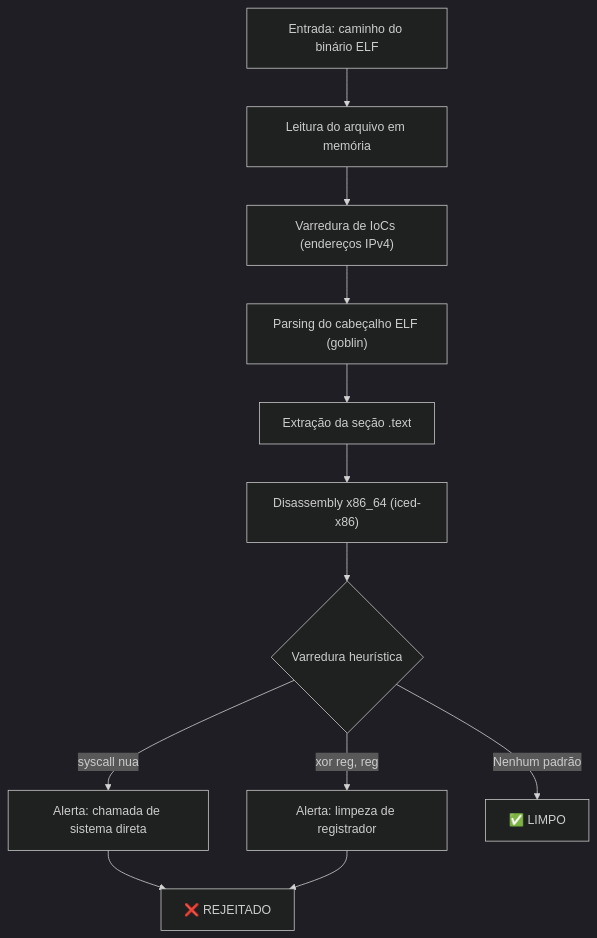
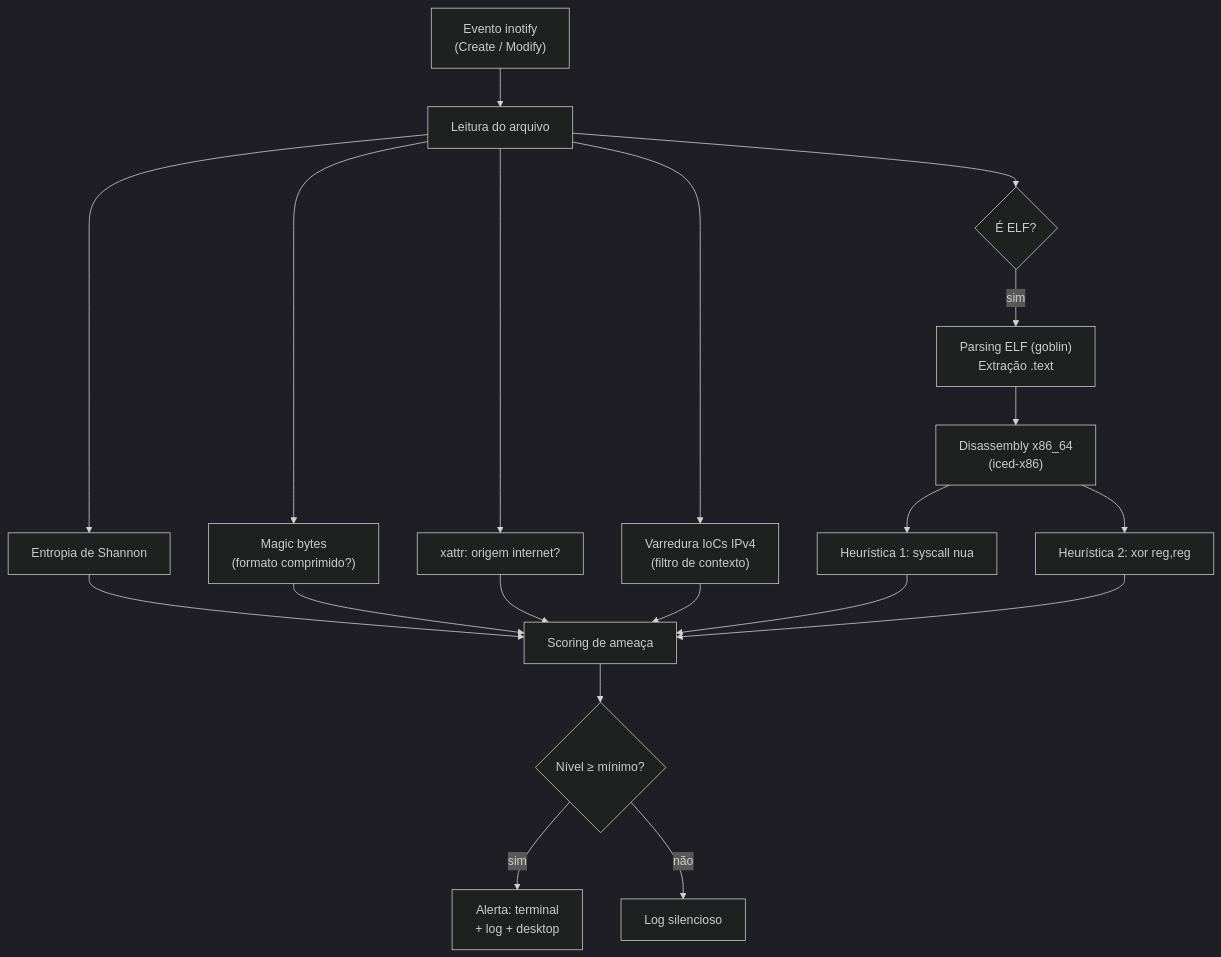
The diagram in README.md (Munique-Feitoza/Obscura), drawn with Mermaid (dark theme) before and after one commit. The commit also changed other lines of this file and 7 other files, not shown here.

````diff
--- a/README.md
+++ b/README.md
@@ -7,14 +25,17 @@
 ```mermaid
 flowchart TD
-    A["Entrada: caminho do binário ELF"] --> B["Leitura do arquivo em memória"]
-    B --> C["Varredura de IoCs (endereços IPv4)"]
-    C --> D["Parsing do cabeçalho ELF (goblin)"]
-    D --> E["Extração da seção .text"]
-    E --> F["Disassembly x86_64 (iced-x86)"]
-    F --> G{"Varredura heurística"}
-    G -->|syscall nua| H["Alerta: chamada de sistema direta"]
-    G -->|xor reg, reg| I["Alerta: limpeza de registrador"]
-    G -->|Nenhum padrão| J["✅ LIMPO"]
-    H --> K["❌ REJEITADO"]
-    I --> K
+    A["Evento inotify\n(Create / Modify)"] --> B["Leitura do arquivo"]
+    B --> C["Entropia de Shannon"]
+    B --> D["Magic bytes\n(formato comprimido?)"]
+    B --> E["xattr: origem internet?"]
+    B --> F["Varredura IoCs IPv4\n(filtro de contexto)"]
+    B --> G{"É ELF?"}
+    G -->|sim| H["Parsing ELF (goblin)\nExtração .text"]
+    H --> I["Disassembly x86_64\n(iced-x86)"]
+    I --> J["Heurística 1: syscall nua"]
+    I --> K["Heurística 2: xor reg,reg"]
+    C & D & E & F & J & K --> L["Scoring de ameaça"]
+    L --> M{"Nível ≥ mínimo?"}
+    M -->|sim| N["Alerta: terminal\n+ log + desktop"]
+    M -->|não| O["Log silencioso"]
 ```
````
